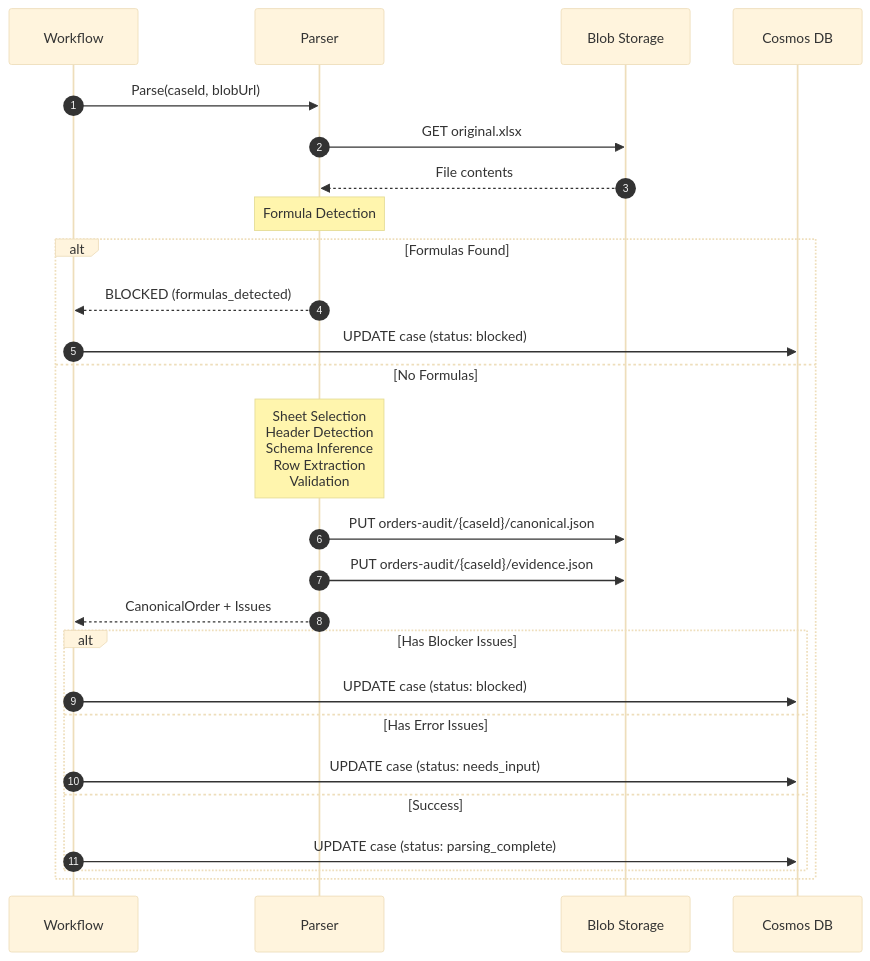
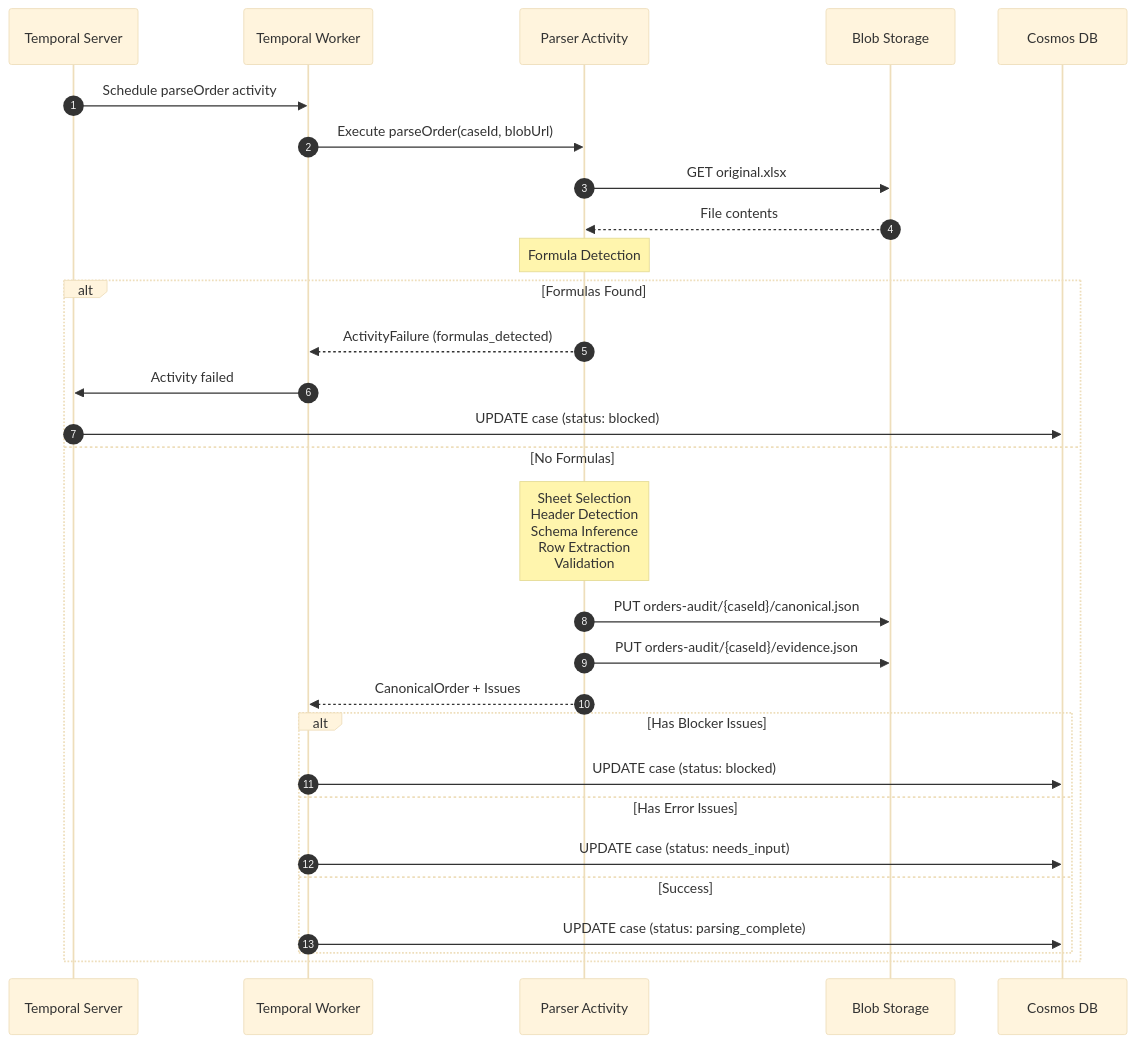
The third of 11 diagrams in app/docs/architecture/data-flow.md (CoronovirusG10/Zoho-order-processing), drawn with Mermaid (base theme) before and after one commit. The commit also changed other lines of this file and 40 other files, not shown here.

Commit message:
Add VM migration architecture, Temporal workflow implementation, and infrastructure updates

````diff
--- a/app/docs/architecture/data-flow.md
+++ b/app/docs/architecture/data-flow.md
@@ -81,34 +92,37 @@
 ```mermaid
 sequenceDiagram
     autonumber
-    participant W as Workflow
-    participant P as Parser
+    participant Temp as Temporal Server
+    participant W as Temporal Worker
+    participant P as Parser Activity
     participant S as Blob Storage
     participant C as Cosmos DB
 
-    W->>P: Parse(caseId, blobUrl)
+    Temp->>W: Schedule parseOrder activity
+    W->>P: Execute parseOrder(caseId, blobUrl)
     P->>S: GET original.xlsx
     S-->>P: File contents
 
     Note over P: Formula Detection
 
     alt Formulas Found
-        P-->>W: BLOCKED (formulas_detected)
-        W->>C: UPDATE case (status: blocked)
+        P-->>W: ActivityFailure (formulas_detected)
+        W->>Temp: Activity failed
+        Temp->>C: UPDATE case (status: blocked)
     else No Formulas
         Note over P: Sheet Selection<br/>Header Detection<br/>Schema Inference<br/>Row Extraction<br/>Validation
 
         P->>S: PUT orders-audit/{caseId}/canonical.json
         P->>S: PUT orders-audit/{caseId}/evidence.json
 
         P-->>W: CanonicalOrder + Issues
 
         alt Has Blocker Issues
             W->>C: UPDATE case (status: blocked)
         else Has Error Issues
             W->>C: UPDATE case (status: needs_input)
         else Success
             W->>C: UPDATE case (status: parsing_complete)
         end
     end
 ```
````
